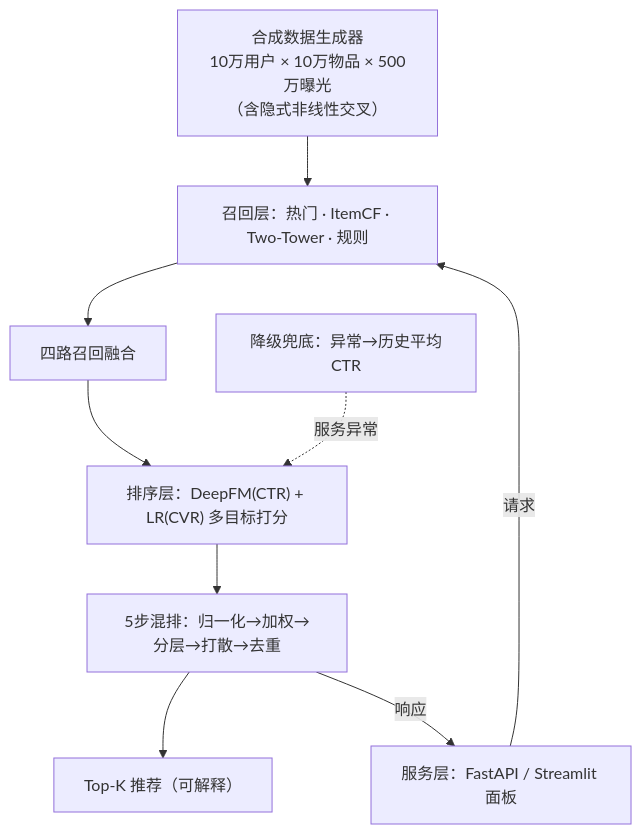
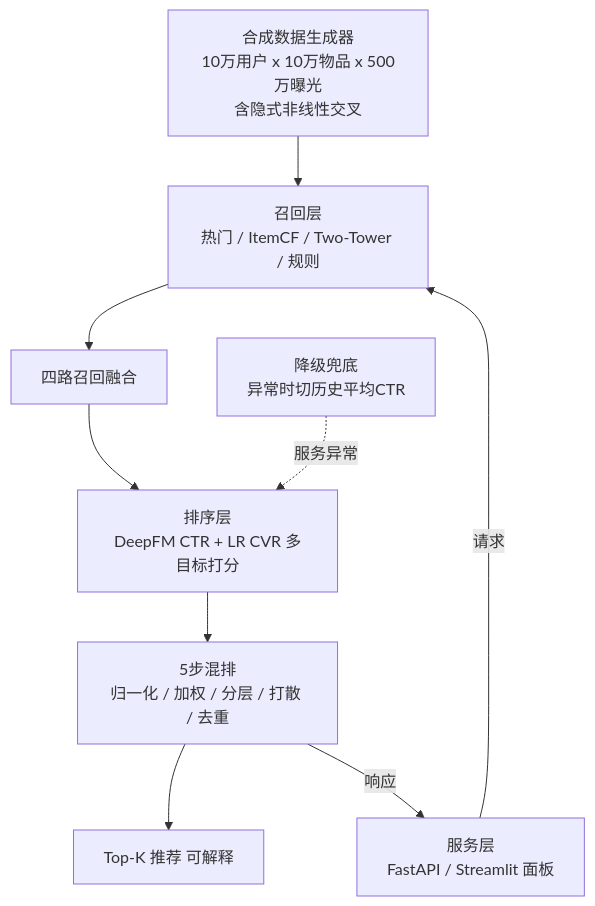
One commit to Elijah-Lin-Dancer/AeroRec changed the diagram in README.md. Above: the diagram before and after it, drawn with Mermaid. The commit also changed other lines of this file and 1 other file, not shown here.

Commit message:
docs(展示): README 拆分为中英双版 + 修复架构图渲染
- README.md 纯中文化：移除 English TL;DR 段（其中 +0.86/-0.38 为
  S2 前旧基线数字）、标题去英文尾巴；顶部加语言切换（English |
  简体中文）
- 新增 README.en.md：完整英文版（亮点/架构/研究发现/快速开始/
  文档表/局限），数字全部为新基线，与 README 互链
- 系统架构 mermaid 重写为最保守语法（去全角冒号/中点/全角括号/
  文本内箭头字符，edge label 改 -- text --> 形式，链式声明拆开），
  规避 GitHub mermaid 渲染失败（Unable to render rich display）
- index.html 确认为纯中文（lang=zh-CN），无需拆分

````diff
--- a/README.md
+++ b/README.md
@@ -87,17 +68,20 @@
 ```mermaid
 flowchart TB
-    GEN["合成数据生成器<br/>10万用户 × 10万物品 × 500万曝光<br/>（含隐式非线性交叉）"]
+    GEN["合成数据生成器<br/>10万用户 x 10万物品 x 500万曝光<br/>含隐式非线性交叉"]
+    REC["召回层<br/>热门 / ItemCF / Two-Tower / 规则"]
+    FUS["四路召回融合"]
+    RANK["排序层<br/>DeepFM CTR + LR CVR 多目标打分"]
+    MIX["5步混排<br/>归一化 / 加权 / 分层 / 打散 / 去重"]
+    DEG["降级兜底<br/>异常时切历史平均CTR"]
+    SVC["服务层<br/>FastAPI / Streamlit 面板"]
+    OUT["Top-K 推荐 可解释"]
 
-    REC["召回层：热门 · ItemCF · Two-Tower · 规则"]
-    FUS["四路召回融合"]
-    RANK["排序层：DeepFM(CTR) + LR(CVR) 多目标打分"]
-    MIX["5步混排：归一化→加权→分层→打散→去重"]
-    DEG["降级兜底：异常→历史平均CTR"]
-    SVC["服务层：FastAPI / Streamlit 面板"]
-    OUT["Top-K 推荐（可解释）"]
-
-    GEN --> REC --> FUS --> RANK --> MIX --> OUT
-    DEG -.->|服务异常| RANK
-    SVC -->|请求| REC
-    MIX -->|响应| SVC
+    GEN --> REC
+    REC --> FUS
+    FUS --> RANK
+    RANK --> MIX
+    MIX --> OUT
+    DEG -. 服务异常 .-> RANK
+    SVC -- 请求 --> REC
+    MIX -- 响应 --> SVC
 ```
````
